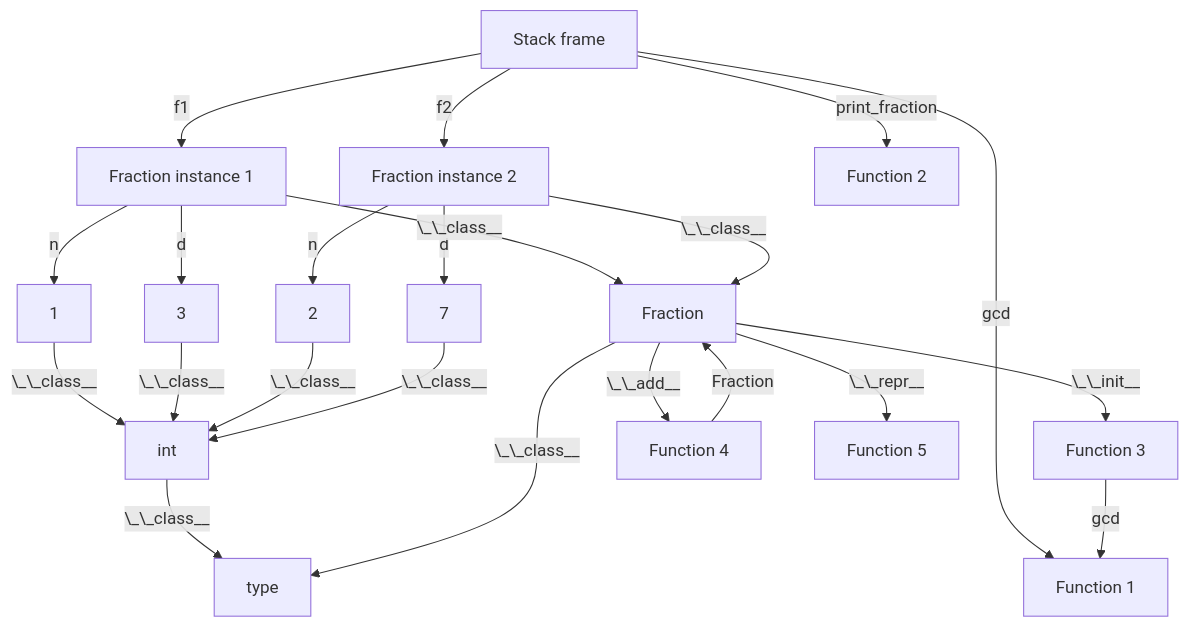
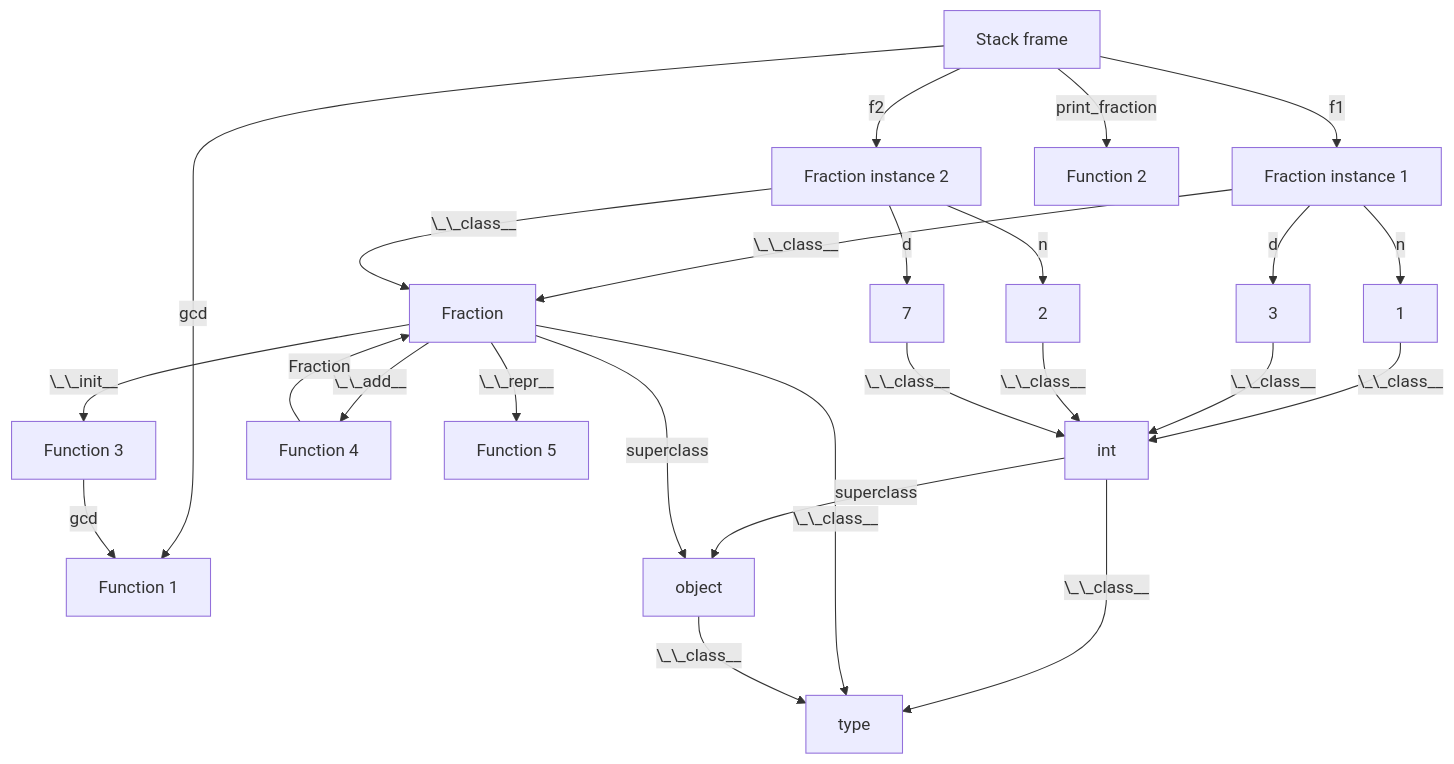
Before and after one commit to TobiasWrigstad/peps: the third of 8 diagrams in pep795.md, drawn with Mermaid. The commit also changed other lines of this file, not shown here.

Commit message:
Added missing objects to object graphs

````diff
--- a/pep795.md
+++ b/pep795.md
@@ -140,24 +140,27 @@
 ```mermaid
 graph TD;
   A[Stack frame]-- f1 -->B[Fraction instance 1]
   B-- n -->1
   B-- d -->3
   A-- f2 -->D[Fraction instance 2]
   D-- n -->2
   D-- d -->7
   B-- \_\_class__ -->E[Fraction]
   D-- \_\_class__ -->E
   1-- \_\_class__ -->int
   3-- \_\_class__ -->int
   2-- \_\_class__ -->int
   7-- \_\_class__ -->int
   int -- \_\_class__ -->type
   E-- \_\_init__ -->AA[Function 3]
   E-- \_\_add__ -->BB[Function 4]
   E-- \_\_repr__ -->CC[Function 5]
   E-- \_\_class__ -->type
   A-- gcd -->DD[Function 1]
   A-- print_fraction -->EE[Function 2]
   AA-- gcd -->DD
   BB-- Fraction -->E
+  int -- superclass -->O[object]
+  E -- superclass -->O
+  O -- \_\_class__ -->type
 ```
````
